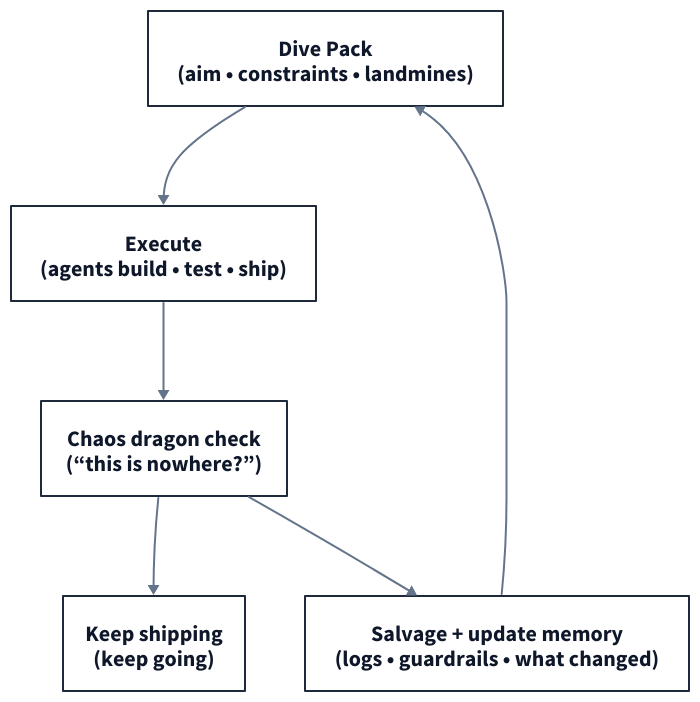
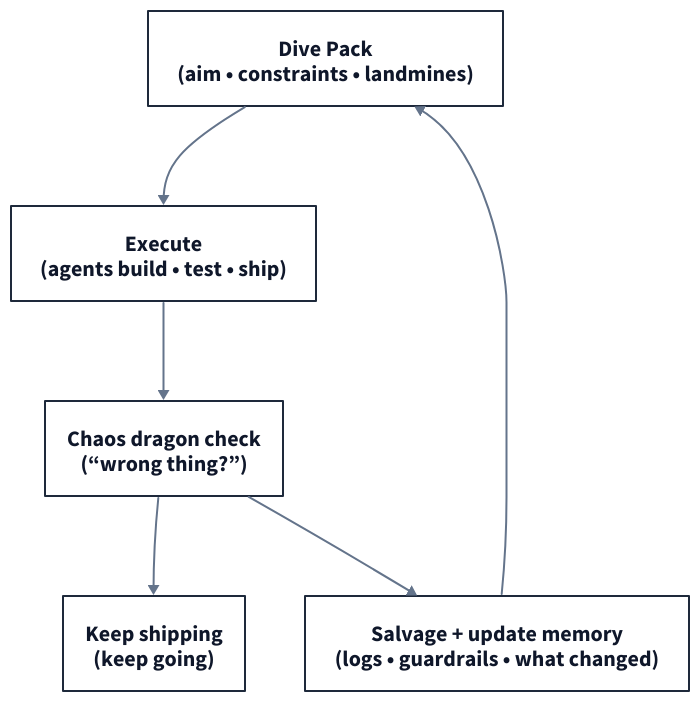
Before and after one commit to muness/muness.github.io: the diagram in viz/taming-chaos-dragon-loop.d2, drawn with D2. The commit also changed 2 other files, not shown here.

Commit message:
Drop 'this is nowhere' phrasing

```diff
--- a/viz/taming-chaos-dragon-loop.d2
+++ b/viz/taming-chaos-dragon-loop.d2
@@ -1,67 +1,67 @@
 direction: down
 
 vars: {
   stroke: "#1E293B"
   accent: "#64748B"
   text: "#0F172A"
 }
 
 classes: {
   box: {
     style: {
       stroke: ${stroke}
       stroke-width: 2
       font-color: ${text}
       font-size: 22
       bold: true
       fill: "#FFFFFF"
     }
   }
   edge: {
     style: {
       stroke: ${accent}
       stroke-width: 2
       font-color: ${accent}
       font-size: 16
       bold: false
     }
   }
 }
 
 dive_pack: {
   class: box
   label: "Dive Pack\n(aim • constraints • landmines)"
 }
 
 execute: {
   class: box
   label: "Execute\n(agents build • test • ship)"
 }
 
 drift_check: {
   class: box
-  label: "Chaos dragon check\n(“this is nowhere?”)"
+  label: "Chaos dragon check\n(“wrong thing?”)"
 }
 
 salvage: {
   class: box
   label: "Salvage + update memory\n(logs • guardrails • what changed)"
 }
 
 continue: {
   class: box
   label: "Keep shipping\n(keep going)"
 }
 
 dive_pack -> execute: {class: edge}
 execute -> drift_check: {class: edge}
 
 drift_check -> continue: {
   class: edge
 }
 
 drift_check -> salvage: {class: edge}
 
 salvage -> dive_pack: {
   class: edge
 }
```
